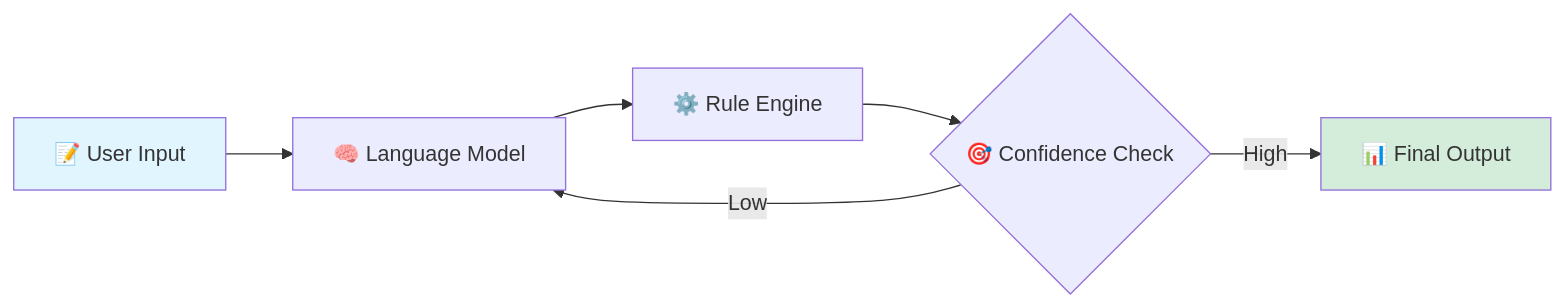
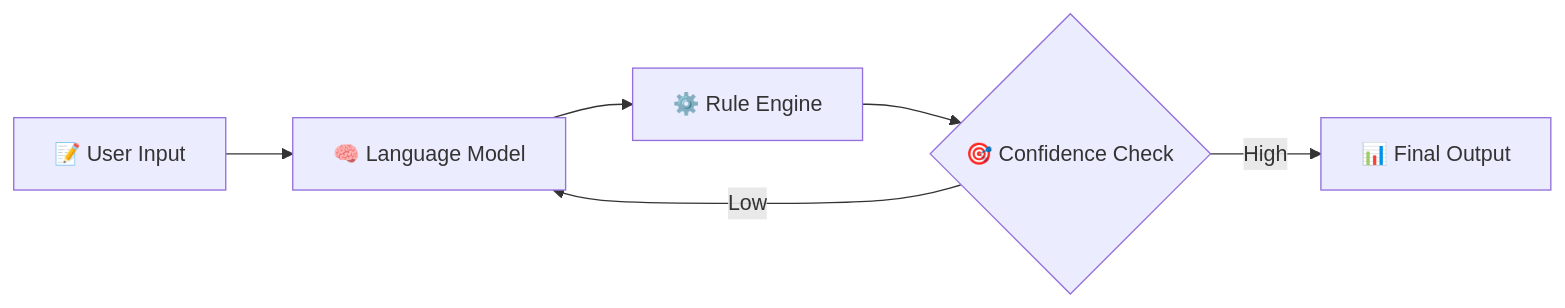
One commit to ritesh-devhub/claim_sense-ai changed the diagram in README.md. Above: the diagram before and after it, drawn with Mermaid.

````diff
--- a/README.md
+++ b/README.md
@@ -168,10 +168,8 @@
 ```mermaid
 graph LR
     A[📝 User Input] --> B[🧠 Language Model]
     B --> C[⚙️ Rule Engine]
     C --> D{🎯 Confidence Check}
     D -->|Low| B
     D -->|High| E[📊 Final Output]
-    style A fill:#e1f5ff
-    style E fill:#d4edda
 ```
````
